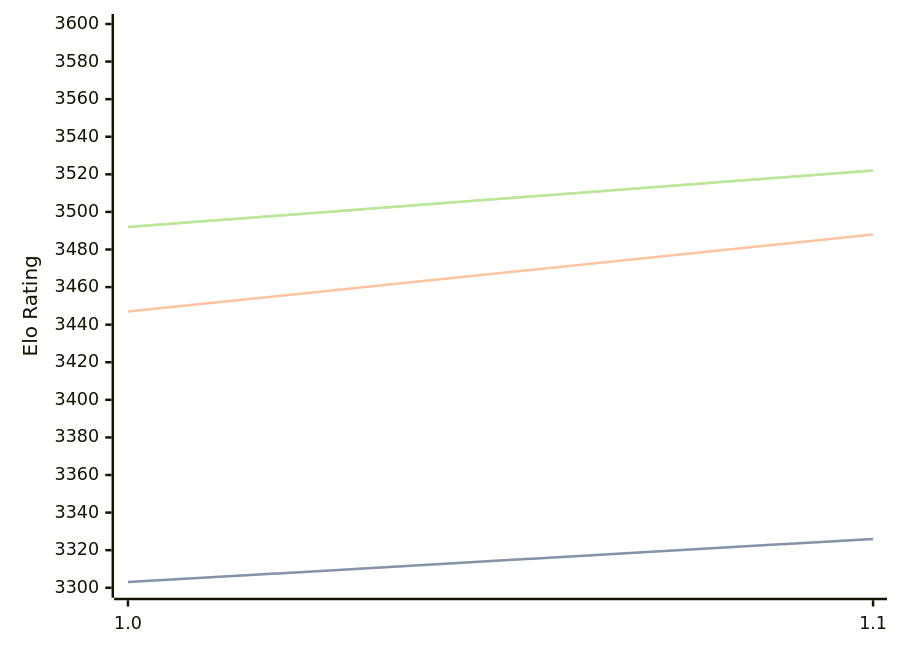
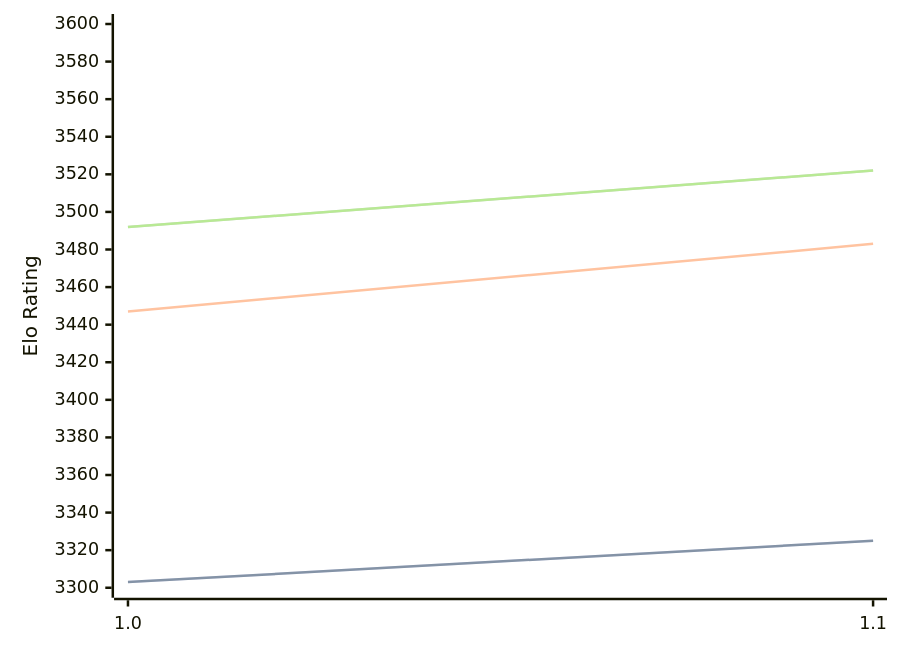
Before and after one commit to computer-chess-index/cci: the third of 3 diagrams in engines/Icarus.md, drawn with Mermaid. The commit also changed other lines of this file, not shown here.

````diff
--- a/engines/Icarus.md
+++ b/engines/Icarus.md
@@ -65,11 +65,11 @@
 ```mermaid
 %%{init: {"theme":"base","themeVariables":{"seriesColors:['#a3a3a3','#222221','#faa371']}}}%%
 xychart-beta
   x-axis ["1.0", "1.1"]
   y-axis "Elo Rating" 3300 --> 3600
-  line "STC (8.0+0.08s)" [3303, 3326]
-  line "STC (8.0+0.08s)" [3303, 3326]
-  line "LTC (60.0+0.60s)" [3447, 3488]
+  line "STC (8.0+0.08s)" [3303, 3325]
+  line "STC (8.0+0.08s)" [3303, 3325]
+  line "LTC (60.0+0.60s)" [3447, 3483]
   line "VLTC (2m24s+1.12s)" [3492, 3522]
   line "VLTC (2m24s+1.12s)" [3492, 3522]
 ```
````
